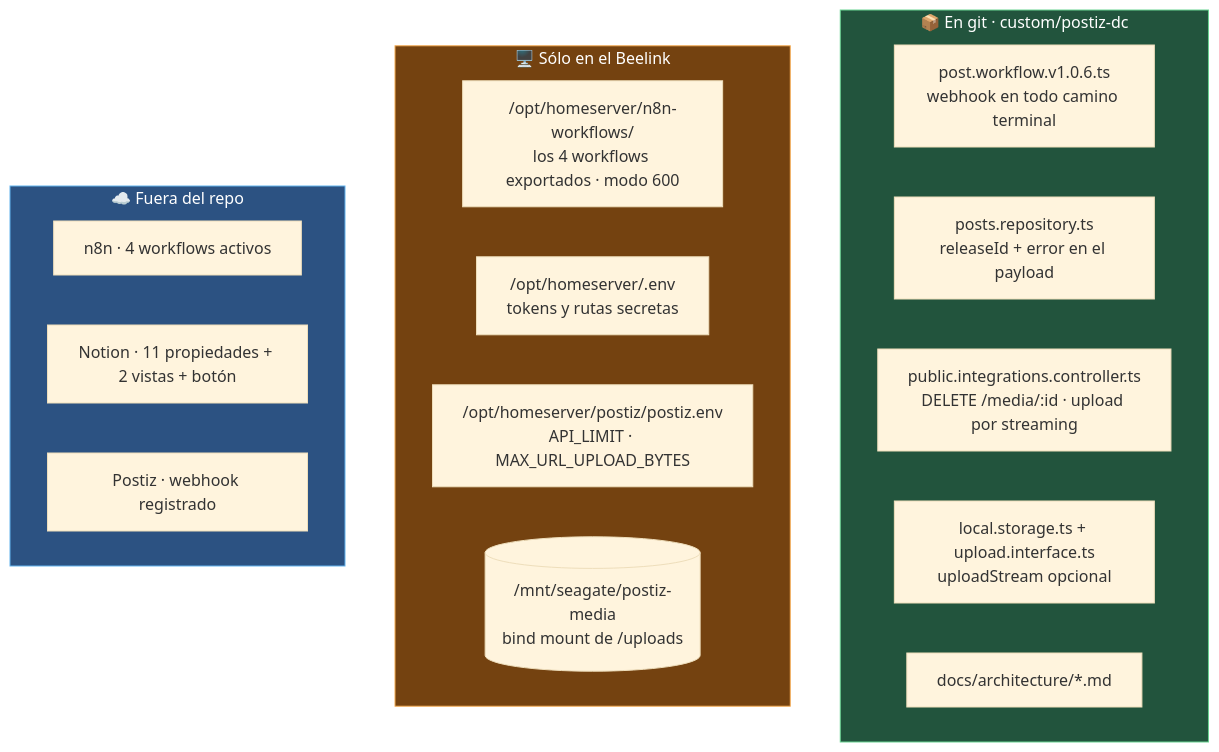
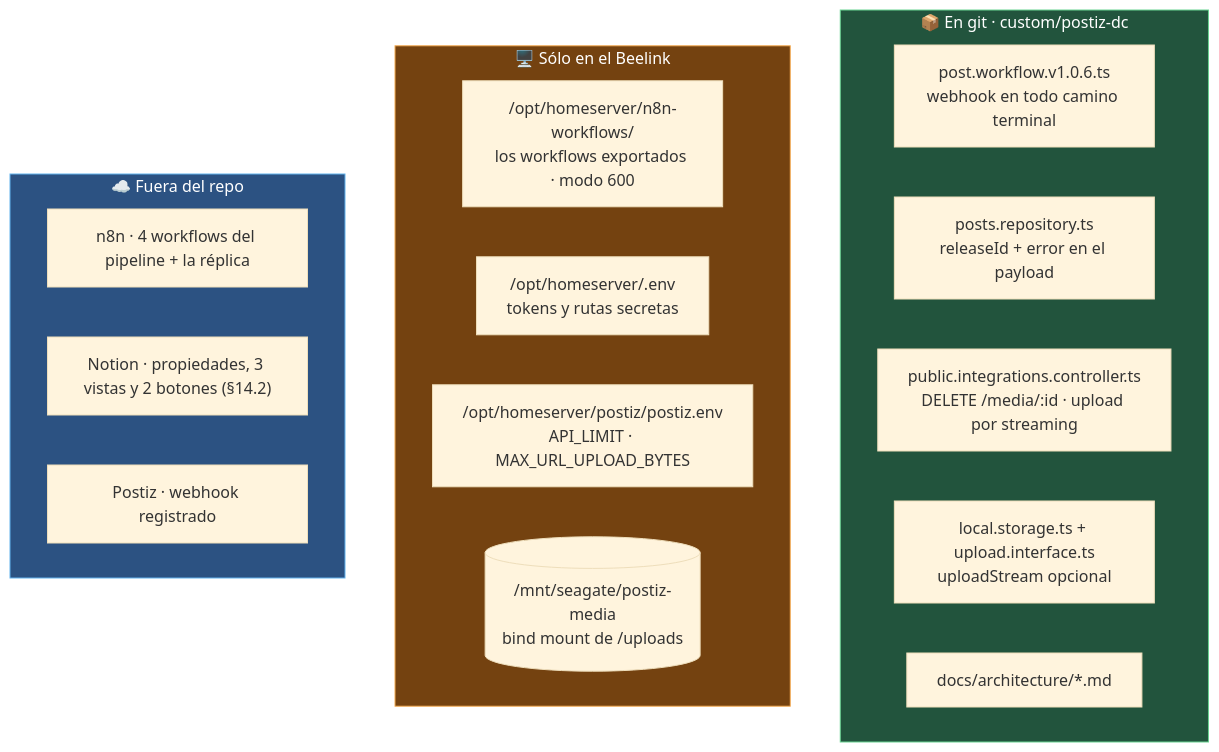
Diagram 11 of 11 in docs/architecture/CONTENT_PIPELINE_DIAGRAMS.md (dustin-calderon/postiz-app), drawn with Mermaid (base theme) before and after one commit. The commit also changed 2 other files, not shown here.

Commit message:
docs(pipeline): la aprobación, la retirada, las vistas y Drive como son hoy en el código
- §7.2.2 y §8: un borrador se aprueba pasando `modo` a `programar`, no con
  `Status`; lo que Postiz recibe está en `Listo`, no necesariamente aprobado.
- §8 y §9.7: la retirada reclama el post de toda fila con `Status` puesto
  (así lo hace el nodo Reconciliar), no solo las de estados vivos.
- §9.1: dos pasadas solapadas no duplican una fila nueva; lo impide `externalId`.
- §10.3 y §11: el archivo en Drive ya corre (02:40 y 02:55); fuera de pendientes.
- §14.2: las tres vistas con sus columnas reales; sin notas de verificación.
- §14.3 y diagramas: la copia durable incluye el workflow de la réplica.

````diff
--- a/docs/architecture/CONTENT_PIPELINE_DIAGRAMS.md
+++ b/docs/architecture/CONTENT_PIPELINE_DIAGRAMS.md
@@ -406,27 +406,27 @@
 ```mermaid
 flowchart TD
     subgraph GIT["📦 En git · custom/postiz-dc"]
         G1["post.workflow.v1.0.6.ts<br/>webhook en todo camino terminal"]
         G2["posts.repository.ts<br/>releaseId + error en el payload"]
         G3["public.integrations.controller.ts<br/>DELETE /media/:id · upload por streaming"]
         G4["local.storage.ts + upload.interface.ts<br/>uploadStream opcional"]
         G5["docs/architecture/*.md"]
     end
 
     subgraph SRV["🖥️ Sólo en el Beelink"]
-        S1["/opt/homeserver/n8n-workflows/<br/>los 4 workflows exportados · modo 600"]
+        S1["/opt/homeserver/n8n-workflows/<br/>los workflows exportados · modo 600"]
         S2["/opt/homeserver/.env<br/>tokens y rutas secretas"]
         S3["/opt/homeserver/postiz/postiz.env<br/>API_LIMIT · MAX_URL_UPLOAD_BYTES"]
         S4[("/mnt/seagate/postiz-media<br/>bind mount de /uploads")]
     end
 
     subgraph EXT["☁️ Fuera del repo"]
-        E1["n8n · 4 workflows activos"]
-        E2["Notion · 11 propiedades + 2 vistas + botón"]
+        E1["n8n · 4 workflows del pipeline + la réplica"]
+        E2["Notion · propiedades, 3 vistas y 2 botones (§14.2)"]
         E3["Postiz · webhook registrado"]
     end
 
     style GIT fill:#22543d,stroke:#68d391,color:#fff
     style SRV fill:#744210,stroke:#f6ad55,color:#fff
     style EXT fill:#2c5282,stroke:#63b3ed,color:#fff
 ```
````
